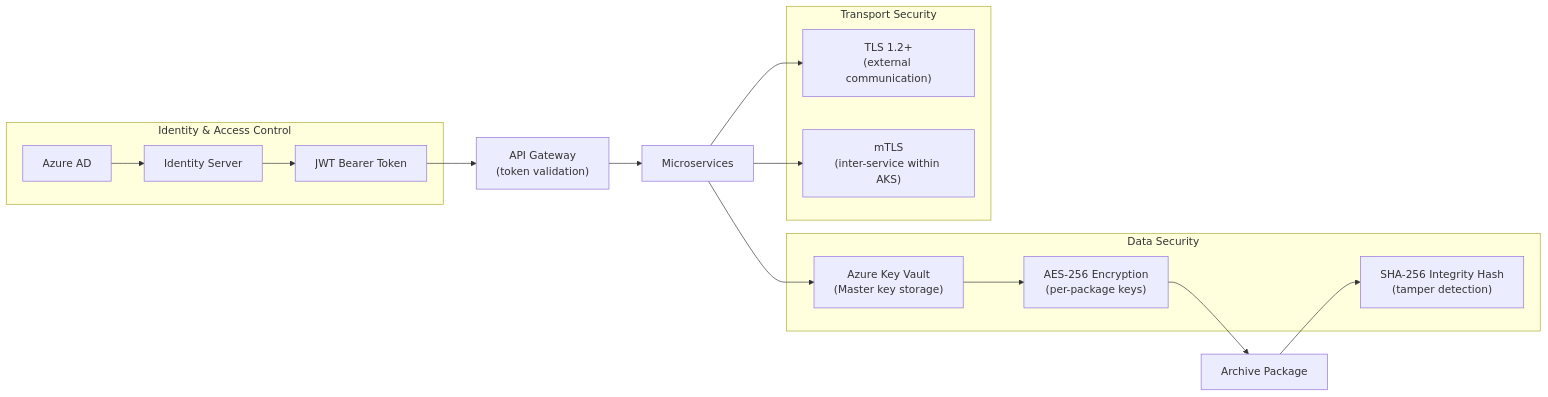
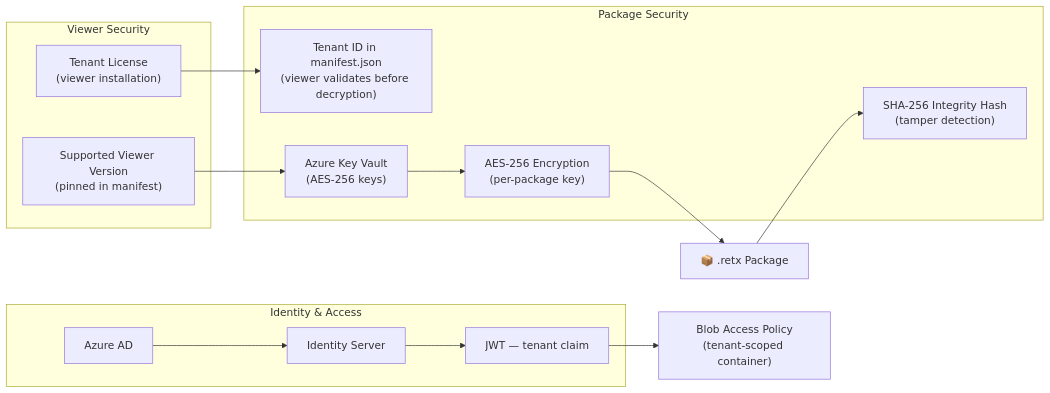
Before and after one commit to anoopnadakkara/professional-profile: the seventh of 7 diagrams in case-studies/1. engagement-archiving-solution.md, drawn with Mermaid. The commit also changed other lines of this file and 1 other file, not shown here.

Commit message:
update arcive structure and add timeline

````diff
--- a/case-studies/1. engagement-archiving-solution.md
+++ b/case-studies/1. engagement-archiving-solution.md
@@ -177,26 +307,27 @@
 ```mermaid
 graph LR
-    subgraph Identity["Identity & Access Control"]
+    subgraph Identity["Identity & Access"]
         AzureAD["Azure AD"]
         IdServer["Identity Server"]
-        JWT["JWT Bearer Token"]
+        JWT["JWT — tenant claim"]
     end
 
-    subgraph Encryption["Data Security"]
-        KV["Azure Key Vault<br/>(Master key storage)"]
-        AES["AES-256 Encryption<br/>(per-package keys)"]
-        HASH["SHA-256 Integrity Hash<br/>(tamper detection)"]
+    subgraph PackageSecurity["Package Security"]
+        KV["Azure Key Vault\n(AES-256 keys)"]
+        AES["AES-256 Encryption\n(per-package key)"]
+        HASH["SHA-256 Integrity Hash\n(tamper detection)"]
+        TenantTag["Tenant ID in manifest.json\n(viewer validates before decryption)"]
     end
 
-    subgraph Transport["Transport Security"]
-        TLS["TLS 1.2+<br/>(external communication)"]
-        MTLS["mTLS<br/>(inter-service within AKS)"]
+    subgraph ViewerSecurity["Viewer Security"]
+        License["Tenant License\n(viewer installation)"]
+        VersionPin["Supported Viewer Version\n(pinned in manifest)"]
     end
 
-    AzureAD --> IdServer --> JWT --> Gateway["API Gateway<br/>(token validation)"]
-    Gateway --> Services["Microservices"]
-    Services --> KV --> AES --> Package["Archive Package"]
+    AzureAD --> IdServer --> JWT
+    JWT --> BlobPolicy["Blob Access Policy\n(tenant-scoped container)"]
+    License --> TenantTag
+    VersionPin --> KV
+    KV --> AES --> Package["📦 .retx Package"]
     Package --> HASH
-    Services --> TLS
-    Services --> MTLS
 ```
````
